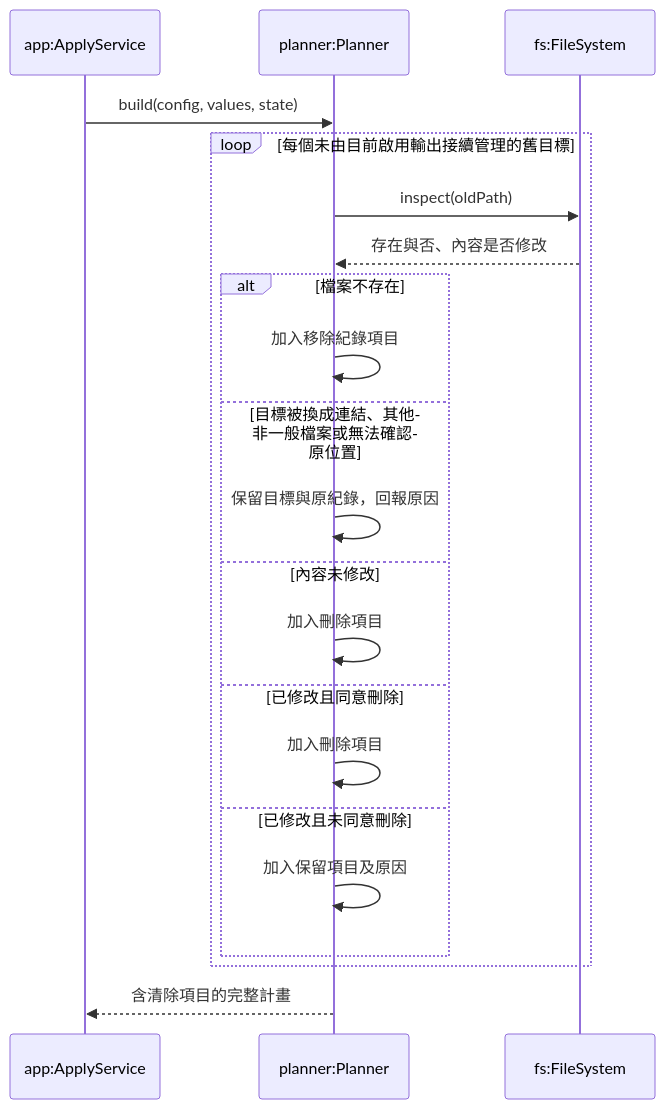
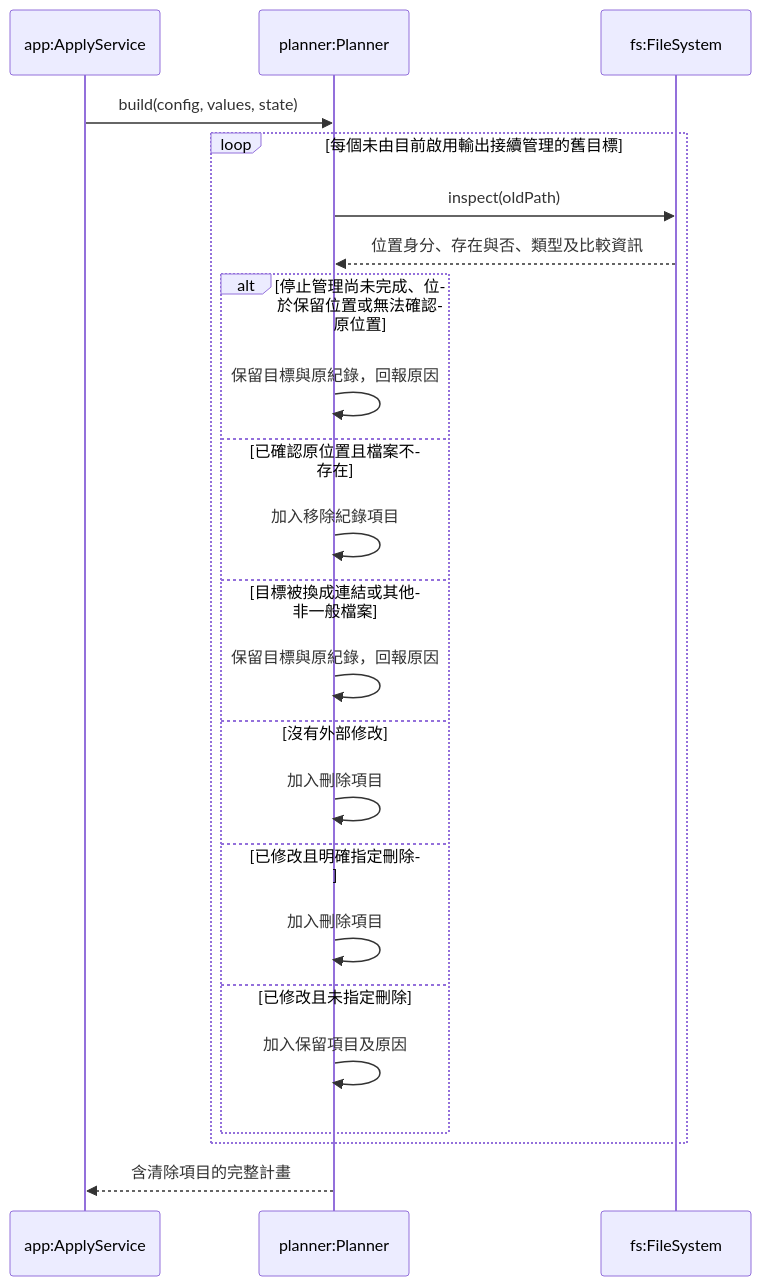
One commit to accidental-two-timer-sam-woof/rosamta-waterfall changed the eighth of 10 diagrams in docs/03-preliminary-design/uml.md. Above: the diagram before and after it, drawn with Mermaid. The commit also changed other lines of this file, not shown here.

````diff
--- a/docs/03-preliminary-design/uml.md
+++ b/docs/03-preliminary-design/uml.md
@@ -537,23 +537,25 @@
 ```mermaid
 sequenceDiagram
     participant A as app:ApplyService
     participant P as planner:Planner
     participant F as fs:FileSystem
     A->>P: build(config, values, state)
     loop 每個未由目前啟用輸出接續管理的舊目標
         P->>F: inspect(oldPath)
-        F-->>P: 存在與否、內容是否修改
-        alt 檔案不存在
+        F-->>P: 位置身分、存在與否、類型及比較資訊
+        alt 停止管理尚未完成、位於保留位置或無法確認原位置
+            P->>P: 保留目標與原紀錄，回報原因
+        else 已確認原位置且檔案不存在
             P->>P: 加入移除紀錄項目
-        else 目標被換成連結、其他非一般檔案或無法確認原位置
+        else 目標被換成連結或其他非一般檔案
             P->>P: 保留目標與原紀錄，回報原因
-        else 內容未修改
+        else 沒有外部修改
             P->>P: 加入刪除項目
-        else 已修改且同意刪除
+        else 已修改且明確指定刪除
             P->>P: 加入刪除項目
-        else 已修改且未同意刪除
+        else 已修改且未指定刪除
             P->>P: 加入保留項目及原因
         end
     end
     P-->>A: 含清除項目的完整計畫
 ```
````
